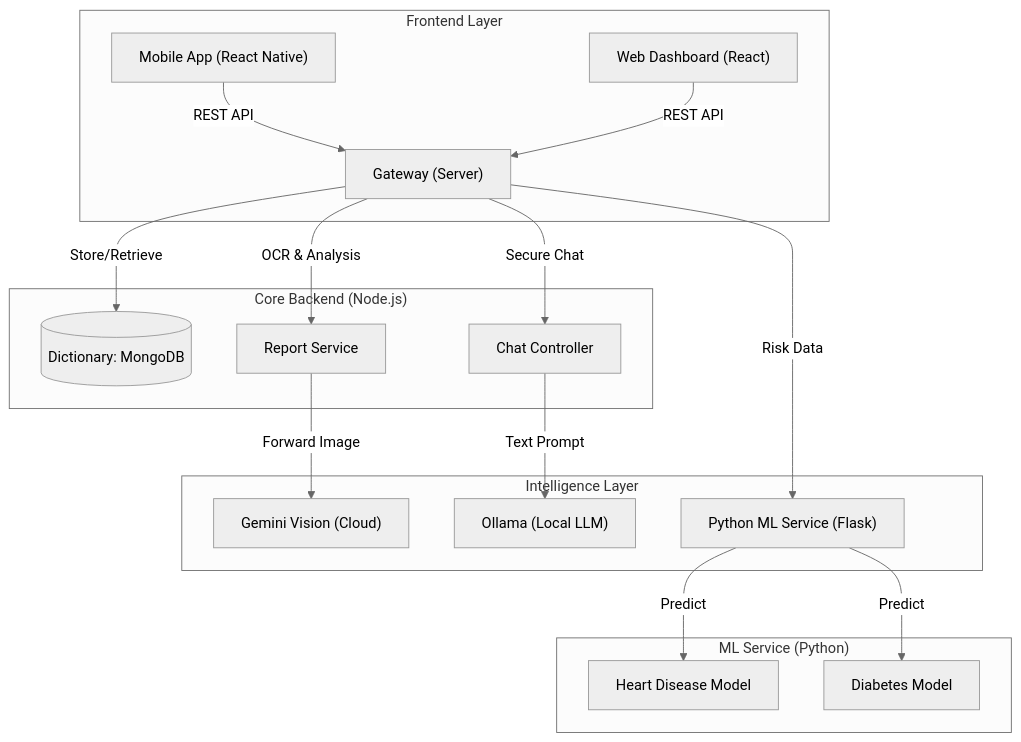
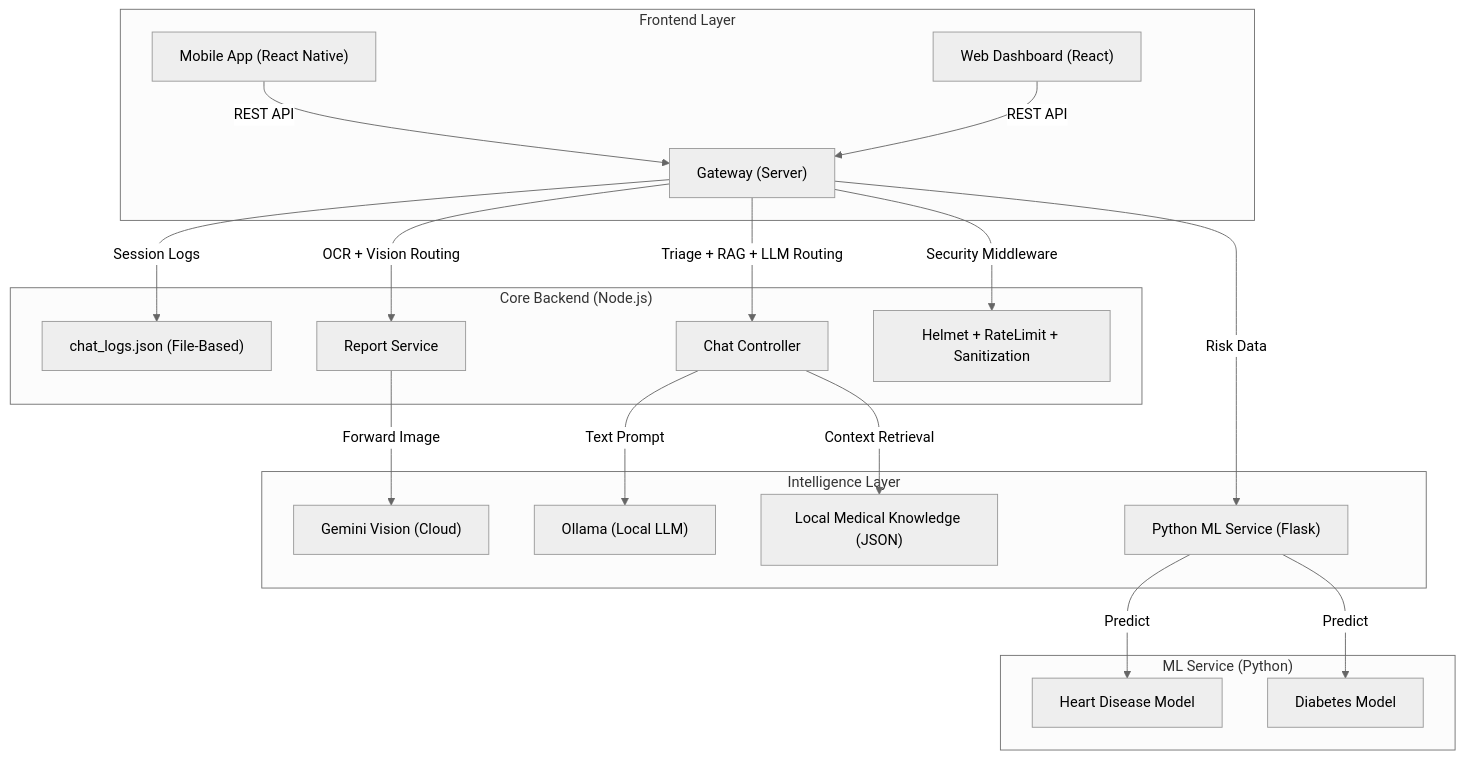
One commit to yashsrivastava1408/Aether-Clinic changed the second of 2 diagrams in README.md. Above: the diagram before and after it, drawn with Mermaid (neutral theme). The commit also changed other lines of this file, not shown here.

Commit message:
docs: update README architecture/workflow to match current implementation

````diff
--- a/README.md
+++ b/README.md
@@ -79,24 +76,26 @@
 ```mermaid
 graph TD
     subgraph "Frontend Layer"
         M["Mobile App (React Native)"] -->|REST API| G["Gateway (Server)"]
         W["Web Dashboard (React)"] -->|REST API| G
     end
 
     subgraph "Core Backend (Node.js)"
-        G -->|Store/Retrieve| DB[("Dictionary: MongoDB")]
-        G -->|OCR & Analysis| S["Report Service"]
-        G -->|Secure Chat| C["Chat Controller"]
+        G -->|Session Logs| F["chat_logs.json (File-Based)"]
+        G -->|OCR + Vision Routing| S["Report Service"]
+        G -->|Triage + RAG + LLM Routing| C["Chat Controller"]
+        G -->|Security Middleware| X["Helmet + RateLimit + Sanitization"]
     end
 
     subgraph "Intelligence Layer"
         S -->|Forward Image| V["Gemini Vision (Cloud)"]
         C -->|Text Prompt| L["Ollama (Local LLM)"]
+        C -->|Context Retrieval| R["Local Medical Knowledge (JSON)"]
         G -->|Risk Data| ML["Python ML Service (Flask)"]
     end
 
     subgraph "ML Service (Python)"
         ML -->|Predict| H["Heart Disease Model"]
         ML -->|Predict| D["Diabetes Model"]
     end
 ```
````
